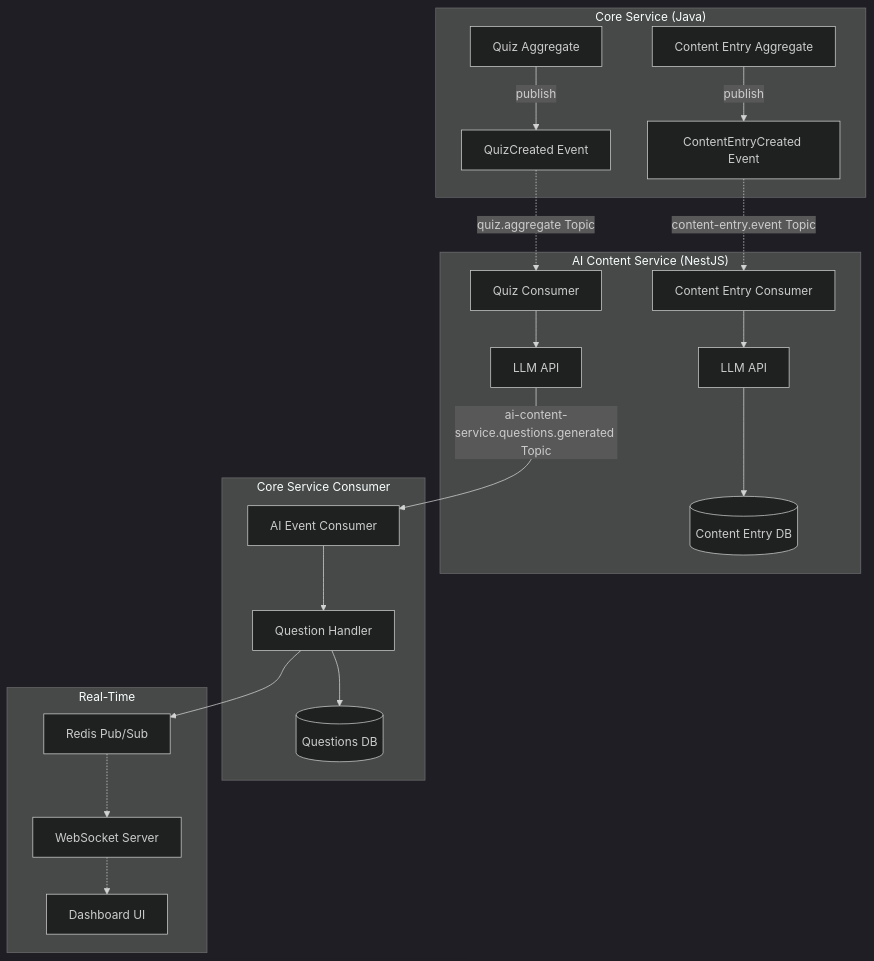
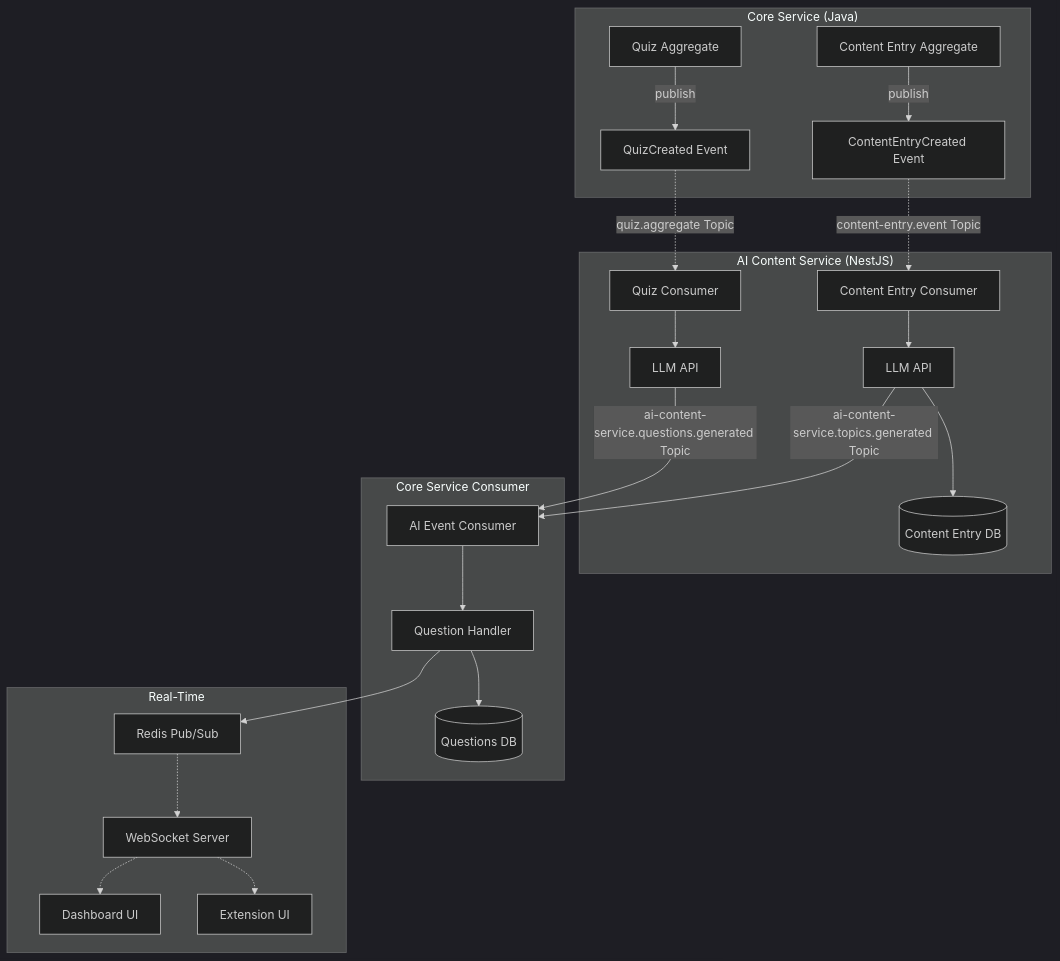
Before and after one commit to rafaesc/snippetquiz: the third of 3 diagrams in README.md, drawn with Mermaid (dark theme). The commit also changed other lines of this file and 17 other files, not shown here.

````diff
--- a/README.md
+++ b/README.md
@@ -120,52 +121,55 @@
 ```mermaid
 flowchart TD
   subgraph CoreService["Core Service (Java)"]
     QUIZ[Quiz Aggregate]
     CEA[Content Entry Aggregate]
     QEVT[QuizCreated Event]
     CEAEV[ContentEntryCreated Event]
   end
 
   subgraph AIContentService["AI Content Service (NestJS)"]
     QCONS[Quiz Consumer]
     CCONS[Content Entry Consumer]
     LLM1[LLM API]
     LLM2[LLM API]
     CESTORE[(Content Entry DB)]
   end
 
 
   subgraph CoreConsumer["Core Service Consumer "]
     AICONS[AI Event Consumer]
     QHANDLER[Question Handler]
     QSTORE[(Questions DB)]
   end
 
   subgraph RealTime["Real-Time"]
     REDIS[Redis Pub/Sub]
     WS[WebSocket Server]
     UI[Dashboard UI]
+    EXT[Extension UI]
   end
 
   %% Quiz Creation Flow
   QUIZ -->|publish| QEVT
   CEA -->|publish| CEAEV
   QEVT -.->|quiz.aggregate Topic| QCONS
   CEAEV -.->|content-entry.event Topic| CCONS
 
   %% AI Processing
   QCONS -->LLM1
   CCONS -->LLM2
   LLM2 -->CESTORE
   LLM1 -->|ai-content-service.questions.generated Topic|AICONS
+  LLM2 -->|ai-content-service.topics.generated Topic|AICONS
   
 
   %% Publish Results
   AICONS --> QHANDLER
   QHANDLER --> QSTORE
 
   %% Progress Updates
   QHANDLER -->REDIS
   REDIS -.-> WS
   WS -.-> UI
+  WS -.-> EXT
 ```
````
